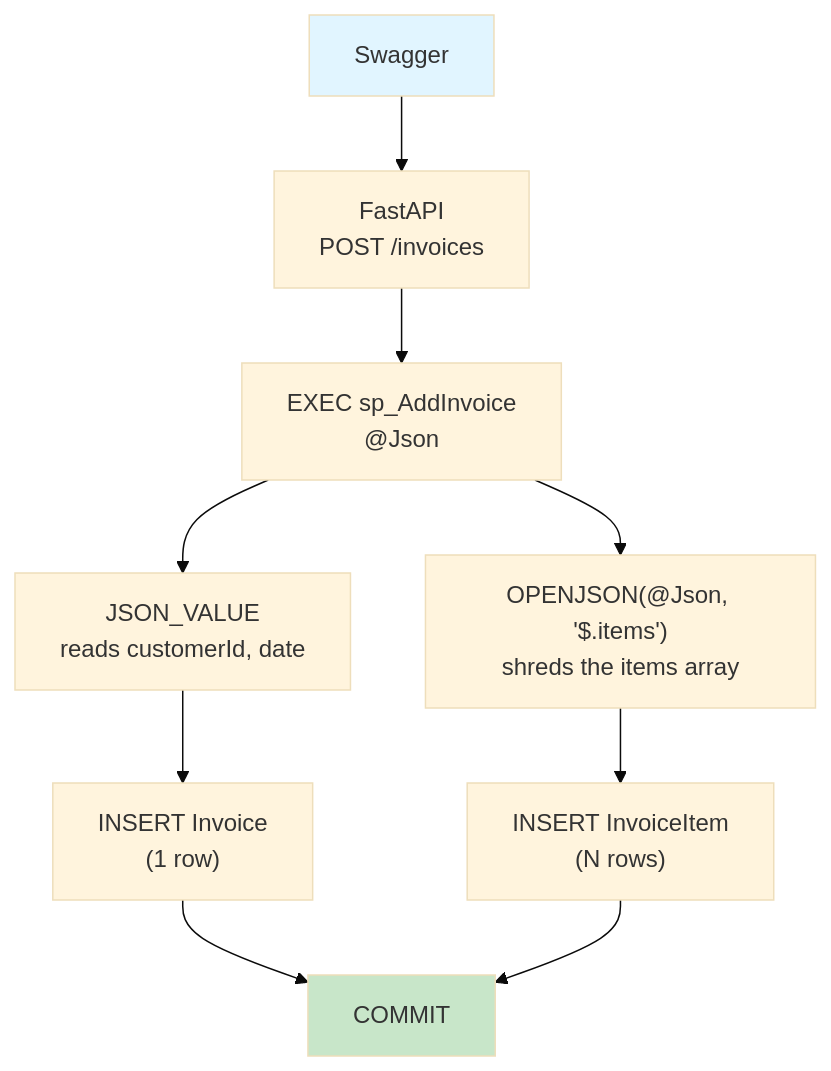
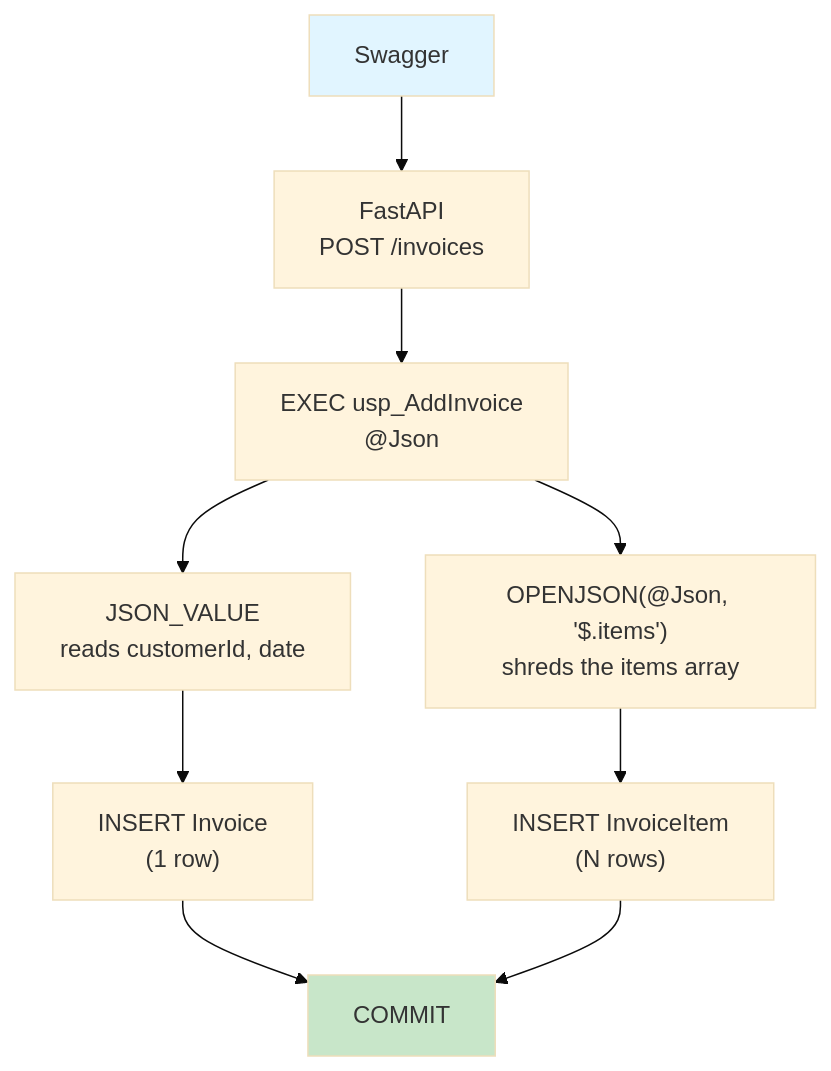
The third of 6 diagrams in demos/obp-rest-demo/api/lab.md (tjovic/database-design-labs-public), drawn with Mermaid (base theme) before and after one commit. The commit also changed other lines of this file and 4 other files, not shown here.

````diff
--- a/demos/obp-rest-demo/api/lab.md
+++ b/demos/obp-rest-demo/api/lab.md
@@ -187,13 +187,13 @@
 ```mermaid
 flowchart TD
     A["Swagger"] --> B["FastAPI<br/>POST /invoices"]
-    B --> C["EXEC sp_AddInvoice<br/>@Json"]
+    B --> C["EXEC usp_AddInvoice<br/>@Json"]
     C --> D["JSON_VALUE<br/>reads customerId, date"]
     C --> E["OPENJSON(@Json, '$.items')<br/>shreds the items array"]
     D --> F["INSERT Invoice<br/>(1 row)"]
     E --> G["INSERT InvoiceItem<br/>(N rows)"]
     F --> H["COMMIT"]
     G --> H
     style A fill:#e1f5ff
     style H fill:#c8e6c9
 ```
````
